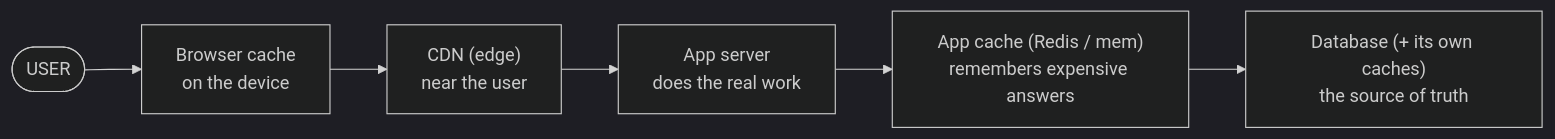
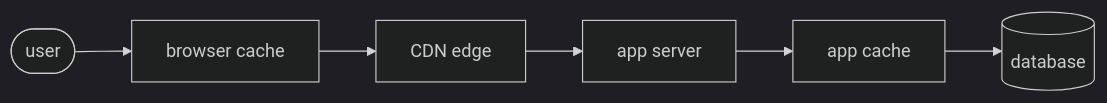
Before and after one commit to Topurrra/themissingmanual: the first of 3 diagrams in guides/caching-explained/02-where-caches-live.md, drawn with Mermaid (dark theme). The commit also changed other lines of this file and 15 other files, not shown here.

Commit message:
fixed mermaid diagrams

````diff
--- a/guides/caching-explained/02-where-caches-live.md
+++ b/guides/caching-explained/02-where-caches-live.md
@@ -22,10 +22,4 @@
 ```mermaid
 flowchart LR
-  User([USER])
-  Browser["Browser cache<br/>on the device"]
-  CDN["CDN (edge)<br/>near the user"]
-  App["App server<br/>does the real work"]
-  AppCache["App cache (Redis / mem)<br/>remembers expensive answers"]
-  DB["Database (+ its own caches)<br/>the source of truth"]
-  User --> Browser --> CDN --> App --> AppCache --> DB
+  User([user]) --> Browser[browser cache] --> CDN[CDN edge] --> App[app server] --> AppCache[app cache] --> DB[(database)]
 ```
````
